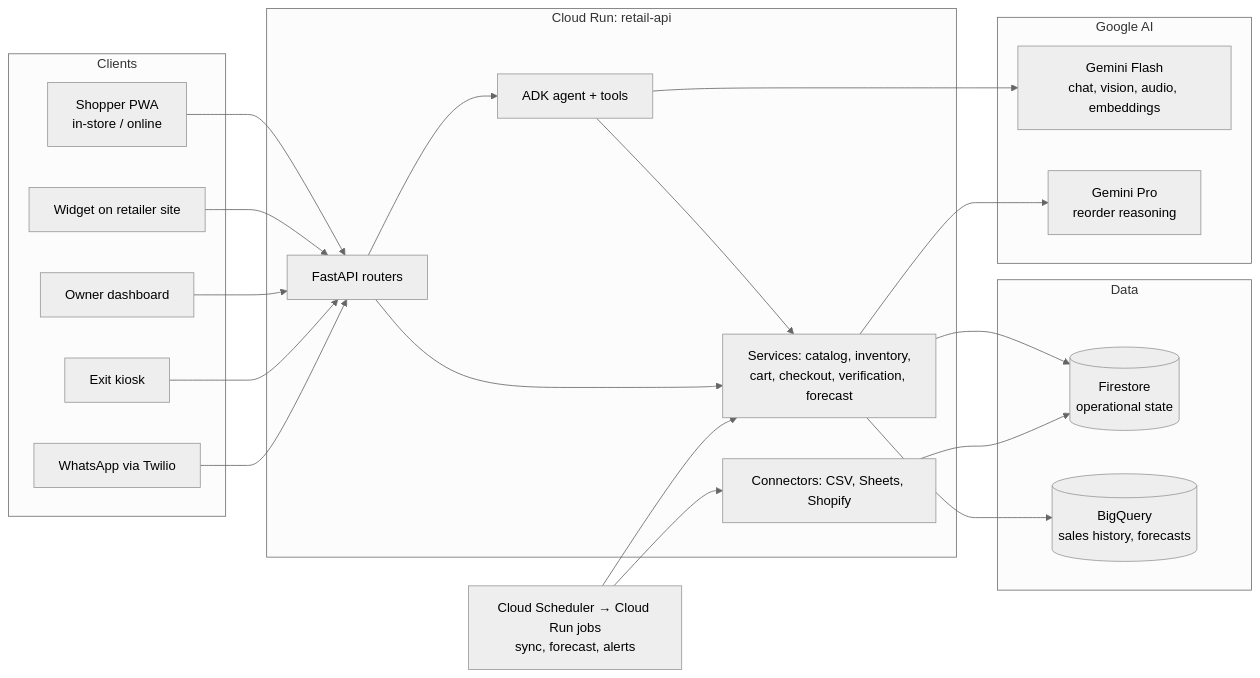
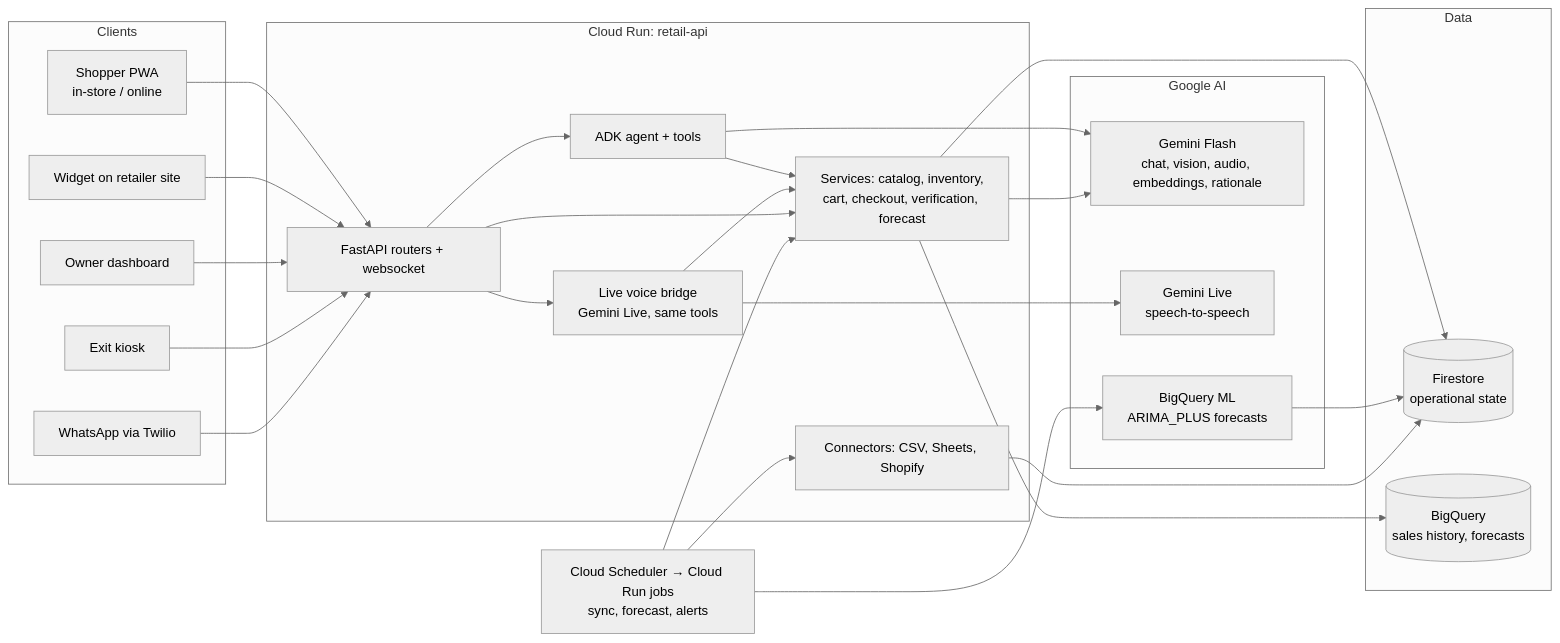
Before and after one commit to DSsathish/royalstack_aibuilderhackathon: the diagram in docs/hld.md, drawn with Mermaid (neutral theme). The commit also changed other lines of this file and 4 other files, not shown here.

Commit message:
Docs: security control map with code and test references, HLD updated for live voice / BigQuery ML / owner dashboard, architecture sequences, README codebase guide

````diff
--- a/docs/hld.md
+++ b/docs/hld.md
@@ -7,41 +7,46 @@
 ```mermaid
 flowchart LR
   subgraph Clients
     S[Shopper PWA<br/>in-store / online]
     W[Widget on retailer site]
     O[Owner dashboard]
     K[Exit kiosk]
     WA[WhatsApp via Twilio]
   end
 
   subgraph CloudRun[Cloud Run: retail-api]
-    API[FastAPI routers]
+    API[FastAPI routers + websocket]
     AG[ADK agent + tools]
+    LV[Live voice bridge<br/>Gemini Live, same tools]
     SVC[Services: catalog, inventory,<br/>cart, checkout, verification, forecast]
     CON[Connectors: CSV, Sheets, Shopify]
   end
 
   subgraph Data
     FS[(Firestore<br/>operational state)]
     BQ[(BigQuery<br/>sales history, forecasts)]
   end
 
   subgraph Google AI
-    GF[Gemini Flash<br/>chat, vision, audio, embeddings]
-    GP[Gemini Pro<br/>reorder reasoning]
+    GF[Gemini Flash<br/>chat, vision, audio, embeddings, rationale]
+    GL[Gemini Live<br/>speech-to-speech]
+    BQML[BigQuery ML<br/>ARIMA_PLUS forecasts]
   end
 
   JOBS[Cloud Scheduler → Cloud Run jobs<br/>sync, forecast, alerts]
 
   S & W & O & K --> API
   WA --> API
   API --> AG --> SVC
+  API --> LV --> SVC
   API --> SVC
   SVC --> FS
   SVC --> BQ
   AG --> GF
-  SVC --> GP
+  LV --> GL
+  SVC --> GF
+  JOBS --> BQML --> FS
   CON --> FS
   JOBS --> CON
   JOBS --> SVC
 ```
````
